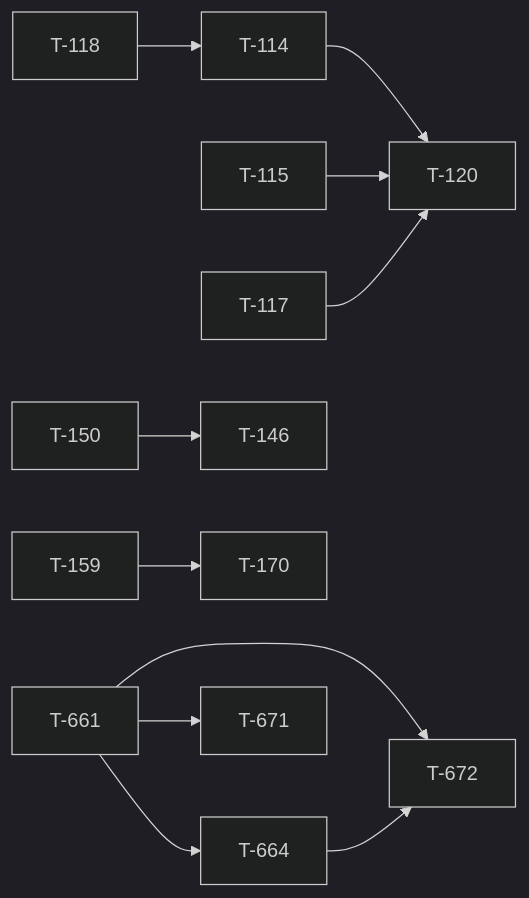
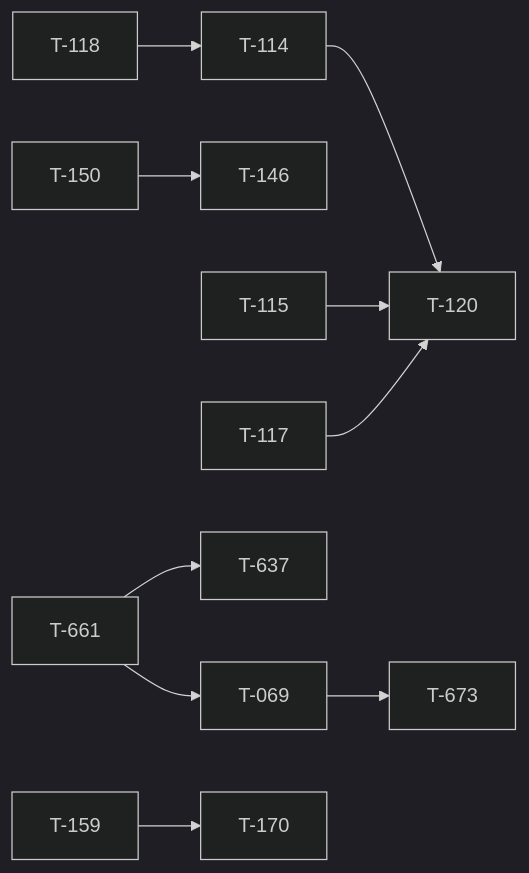
One commit to darkforce09/TBD-reforger changed the diagram in docs/TICKET_LEAD.md. Above: the diagram before and after it, drawn with Mermaid (dark theme). The commit also changed other lines of this file and 8 other files, not shown here.

First line of the commit message:
wave 101 CLOSED — editor wave 117: search grammar, mission presentation, connection graph; GATE PASS 30/30

````diff
--- a/docs/TICKET_LEAD.md
+++ b/docs/TICKET_LEAD.md
@@ -40,13 +56,12 @@
 ```mermaid
 flowchart LR
+  T661[T-661] --> T069[T-069]
   T118[T-118] --> T114[T-114]
   T114[T-114] --> T120[T-120]
   T115[T-115] --> T120[T-120]
   T117[T-117] --> T120[T-120]
   T150[T-150] --> T146[T-146]
   T159[T-159] --> T170[T-170]
-  T661[T-661] --> T664[T-664]
-  T661[T-661] --> T672[T-672]
-  T664[T-664] --> T672[T-672]
-  T661[T-661] --> T671[T-671]
+  T661[T-661] --> T637[T-637]
+  T069[T-069] --> T673[T-673]
 ```
````
